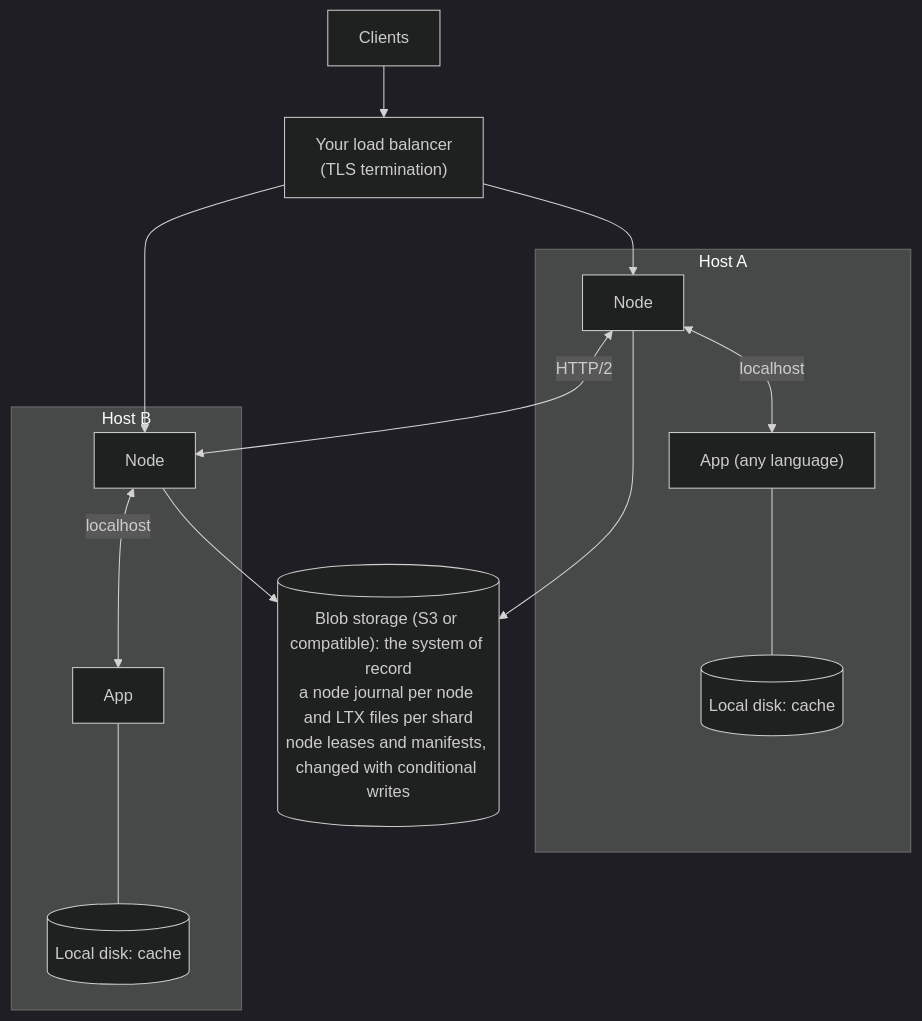
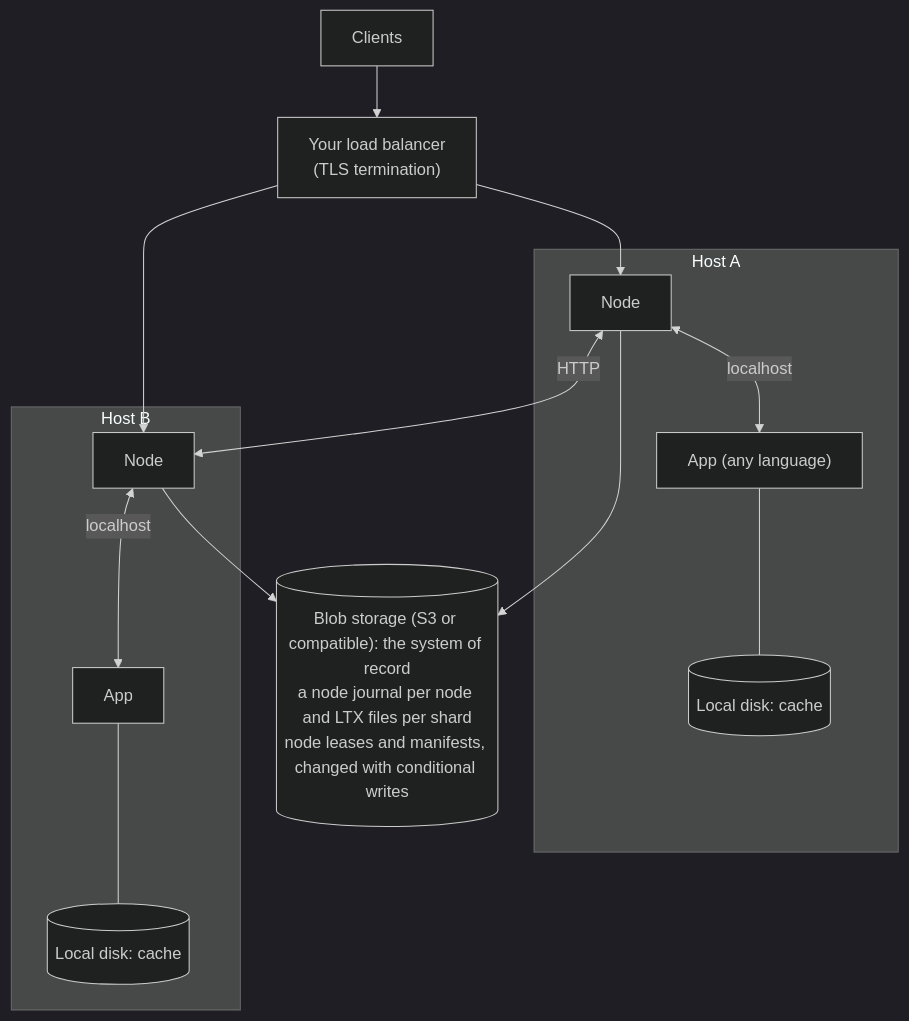
Before and after one commit to luci1900/shardlite: the diagram in docs/overview.md, drawn with Mermaid (dark theme). The commit also changed other lines of this file and 101 other files, not shown here.

````diff
--- a/docs/overview.md
+++ b/docs/overview.md
@@ -52,22 +52,22 @@
 ```mermaid
 flowchart TB
   clients[Clients] --> lb["Your load balancer<br/>(TLS termination)"]
   lb --> nodeA
   lb --> nodeB
 
   subgraph hostA [Host A]
     nodeA[Node] <-->|localhost| appA["App (any language)"]
     appA --- diskA[("Local disk: cache")]
   end
 
   subgraph hostB [Host B]
     nodeB[Node] <-->|localhost| appB[App]
     appB --- diskB[("Local disk: cache")]
   end
 
-  nodeA <-->|HTTP/2| nodeB
+  nodeA <-->|HTTP| nodeB
 
   nodeA --> blob
   nodeB --> blob
   blob[("Blob storage (S3 or compatible): the system of record<br/>a node journal per node and LTX files per shard<br/>node leases and manifests, changed with conditional writes")]
 ```
````
